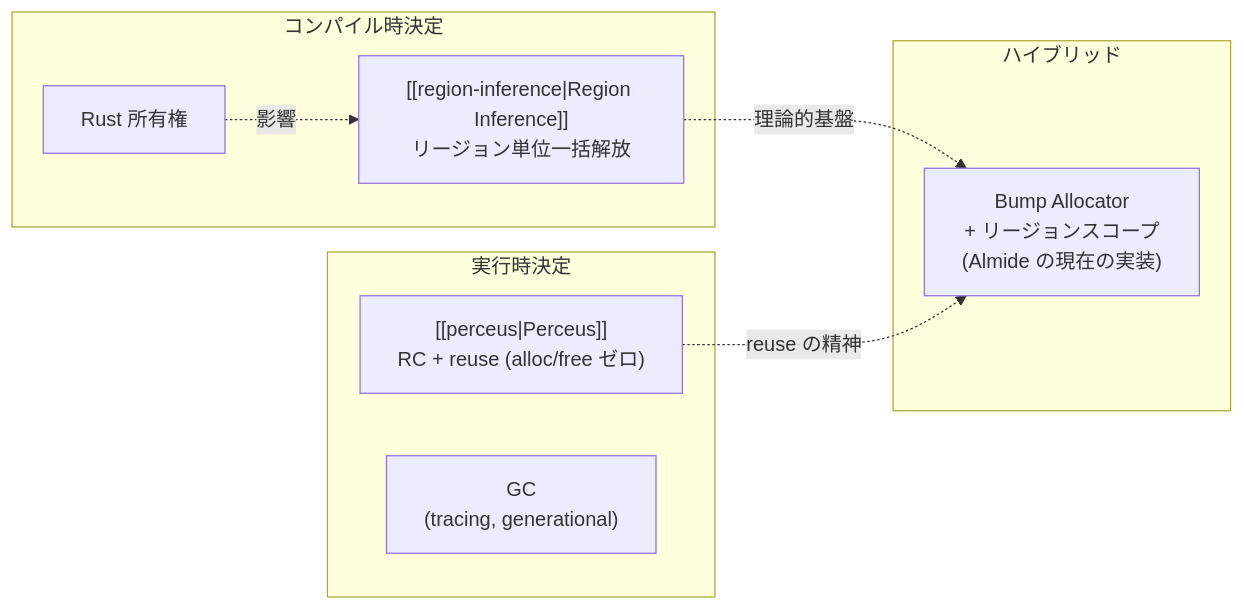
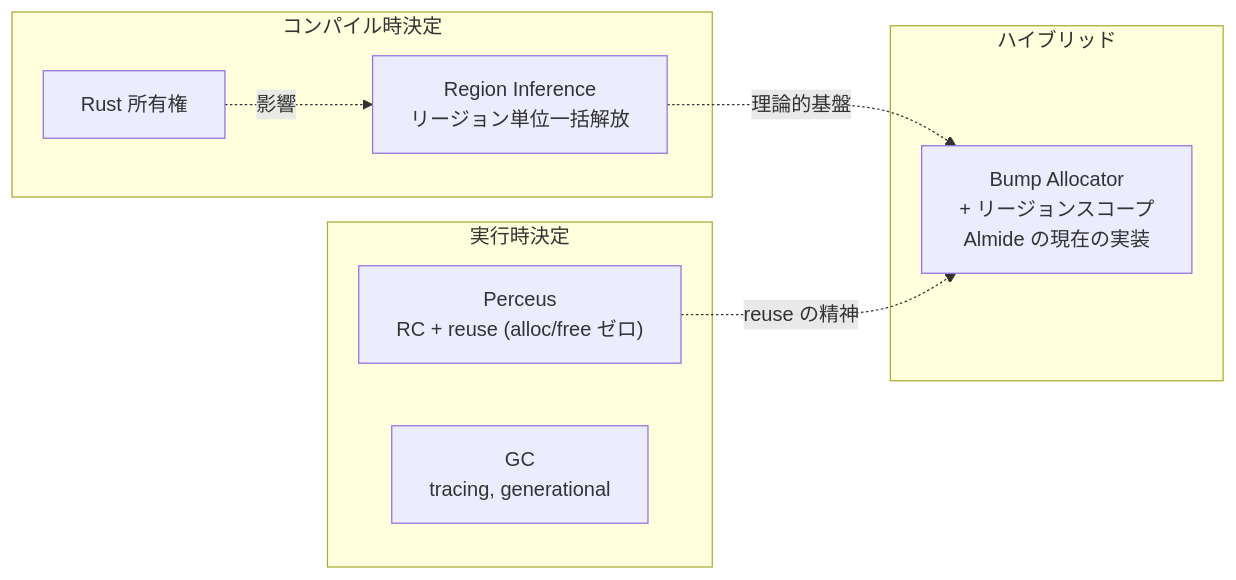
Before and after one commit to O6lvl4/O6lvl4-knowledge: the eighth of 8 diagrams in vault/edge-wasm-landscape.md, drawn with Mermaid. The commit also changed other lines of this file, not shown here.

Commit message:
Remove wikilinks from Mermaid blocks for proper rendering

````diff
--- a/vault/edge-wasm-landscape.md
+++ b/vault/edge-wasm-landscape.md
@@ -228,20 +228,20 @@
 ```mermaid
 graph LR
     subgraph Static["コンパイル時決定"]
         Rust_OW["Rust 所有権"]
-        RI["[[region-inference|Region Inference]]<br/>リージョン単位一括解放"]
+        RI["Region Inference<br/>リージョン単位一括解放"]
     end
 
-    subgraph Runtime["実行時決定"]
-        Perceus_RC["[[perceus|Perceus]]<br/>RC + reuse (alloc/free ゼロ)"]
-        GC["GC<br/>(tracing, generational)"]
+    subgraph RT["実行時決定"]
+        Perceus_RC["Perceus<br/>RC + reuse (alloc/free ゼロ)"]
+        GC["GC<br/>tracing, generational"]
     end
 
-    subgraph Hybrid_Mem["ハイブリッド"]
-        Bump["Bump Allocator<br/>+ リージョンスコープ<br/>(Almide の現在の実装)"]
+    subgraph HM["ハイブリッド"]
+        Bump["Bump Allocator<br/>+ リージョンスコープ<br/>Almide の現在の実装"]
     end
 
     Rust_OW -.->|"影響"| RI
     RI -.->|"理論的基盤"| Bump
     Perceus_RC -.->|"reuse の精神"| Bump
 ```
````
